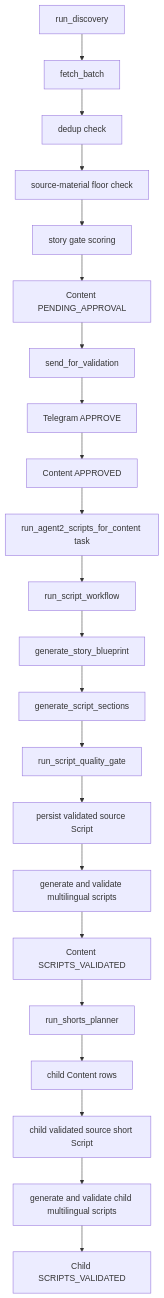
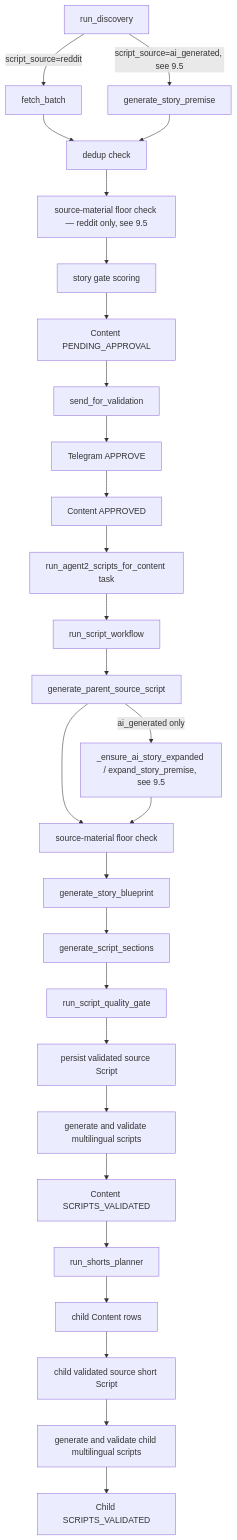
The second of 8 diagrams in CLAUDE.md (Hssingr/content-factory), drawn with Mermaid before and after one commit. The commit also changed other lines of this file and 12 other files, not shown here.

Commit message:
implement ai_generated story flow

````diff
--- a/CLAUDE.md
+++ b/CLAUDE.md
@@ -1497,24 +1553,30 @@
 ```mermaid
 flowchart TD
-    A[run_discovery] --> B[fetch_batch]
+    A[run_discovery] -->|script_source=reddit| B[fetch_batch]
+    A -->|script_source=ai_generated, see 9.5| B2[generate_story_premise]
     B --> C[dedup check]
-    C --> C2[source-material floor check]
+    B2 --> C
+    C --> C2[source-material floor check — reddit only, see 9.5]
     C2 --> D[story gate scoring]
     D --> E[Content PENDING_APPROVAL]
     E --> F[send_for_validation]
     F --> G[Telegram APPROVE]
     G --> H[Content APPROVED]
     H --> I[run_agent2_scripts_for_content task]
     I --> J[run_script_workflow]
-    J --> K[generate_story_blueprint]
+    J --> J2[generate_parent_source_script]
+    J2 -->|ai_generated only| J3[_ensure_ai_story_expanded / expand_story_premise, see 9.5]
+    J2 --> J4[source-material floor check]
+    J3 --> J4
+    J4 --> K[generate_story_blueprint]
     K --> L[generate_script_sections]
     L --> M[run_script_quality_gate]
     M --> N[persist validated source Script]
     N --> O[generate and validate multilingual scripts]
     O --> P[Content SCRIPTS_VALIDATED]
     P --> Q[run_shorts_planner]
     Q --> R[child Content rows]
     R --> S[child validated source short Script]
     S --> U[generate and validate child multilingual scripts]
     U --> T[Child SCRIPTS_VALIDATED]
 ```
````
